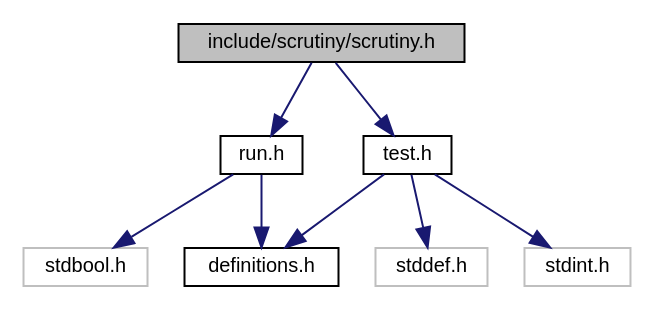
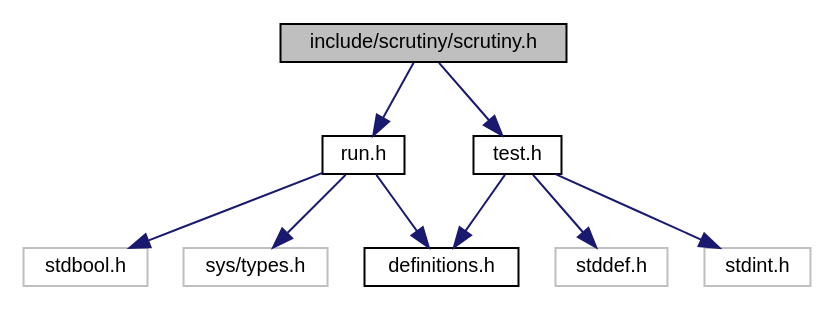
Before and after one commit to nickeldan/scrutiny: the diagram in docs/scrutiny_8h__incl.dot, drawn with Graphviz. The commit also changed 19 other files, not shown here.

```diff
--- a/docs/scrutiny_8h__incl.dot
+++ b/docs/scrutiny_8h__incl.dot
@@ -1,20 +1,22 @@
 digraph "include/scrutiny/scrutiny.h"
 {
  // LATEX_PDF_SIZE
   edge [fontname="Helvetica",fontsize="10",labelfontname="Helvetica",labelfontsize="10"];
   node [fontname="Helvetica",fontsize="10",shape=record];
   Node1 [label="include/scrutiny/scrutiny.h",height=0.2,width=0.4,color="black", fillcolor="grey75", style="filled", fontcolor="black",tooltip="Master include file."];
   Node1 -> Node2 [color="midnightblue",fontsize="10",style="solid",fontname="Helvetica"];
   Node2 [label="run.h",height=0.2,width=0.4,color="black", fillcolor="white", style="filled",URL="$run_8h.html",tooltip="Defines the runner functionality."];
   Node2 -> Node3 [color="midnightblue",fontsize="10",style="solid",fontname="Helvetica"];
   Node3 [label="stdbool.h",height=0.2,width=0.4,color="grey75", fillcolor="white", style="filled",tooltip=" "];
   Node2 -> Node4 [color="midnightblue",fontsize="10",style="solid",fontname="Helvetica"];
-  Node4 [label="definitions.h",height=0.2,width=0.4,color="black", fillcolor="white", style="filled",URL="$definitions_8h_source.html",tooltip=" "];
-  Node1 -> Node5 [color="midnightblue",fontsize="10",style="solid",fontname="Helvetica"];
-  Node5 [label="test.h",height=0.2,width=0.4,color="black", fillcolor="white", style="filled",URL="$test_8h.html",tooltip="Defines the test macros."];
-  Node5 -> Node6 [color="midnightblue",fontsize="10",style="solid",fontname="Helvetica"];
-  Node6 [label="stddef.h",height=0.2,width=0.4,color="grey75", fillcolor="white", style="filled",tooltip=" "];
-  Node5 -> Node7 [color="midnightblue",fontsize="10",style="solid",fontname="Helvetica"];
-  Node7 [label="stdint.h",height=0.2,width=0.4,color="grey75", fillcolor="white", style="filled",tooltip=" "];
-  Node5 -> Node4 [color="midnightblue",fontsize="10",style="solid",fontname="Helvetica"];
+  Node4 [label="sys/types.h",height=0.2,width=0.4,color="grey75", fillcolor="white", style="filled",tooltip=" "];
+  Node2 -> Node5 [color="midnightblue",fontsize="10",style="solid",fontname="Helvetica"];
+  Node5 [label="definitions.h",height=0.2,width=0.4,color="black", fillcolor="white", style="filled",URL="$definitions_8h_source.html",tooltip=" "];
+  Node1 -> Node6 [color="midnightblue",fontsize="10",style="solid",fontname="Helvetica"];
+  Node6 [label="test.h",height=0.2,width=0.4,color="black", fillcolor="white", style="filled",URL="$test_8h.html",tooltip="Defines the test macros."];
+  Node6 -> Node7 [color="midnightblue",fontsize="10",style="solid",fontname="Helvetica"];
+  Node7 [label="stddef.h",height=0.2,width=0.4,color="grey75", fillcolor="white", style="filled",tooltip=" "];
+  Node6 -> Node8 [color="midnightblue",fontsize="10",style="solid",fontname="Helvetica"];
+  Node8 [label="stdint.h",height=0.2,width=0.4,color="grey75", fillcolor="white", style="filled",tooltip=" "];
+  Node6 -> Node5 [color="midnightblue",fontsize="10",style="solid",fontname="Helvetica"];
 }
```
